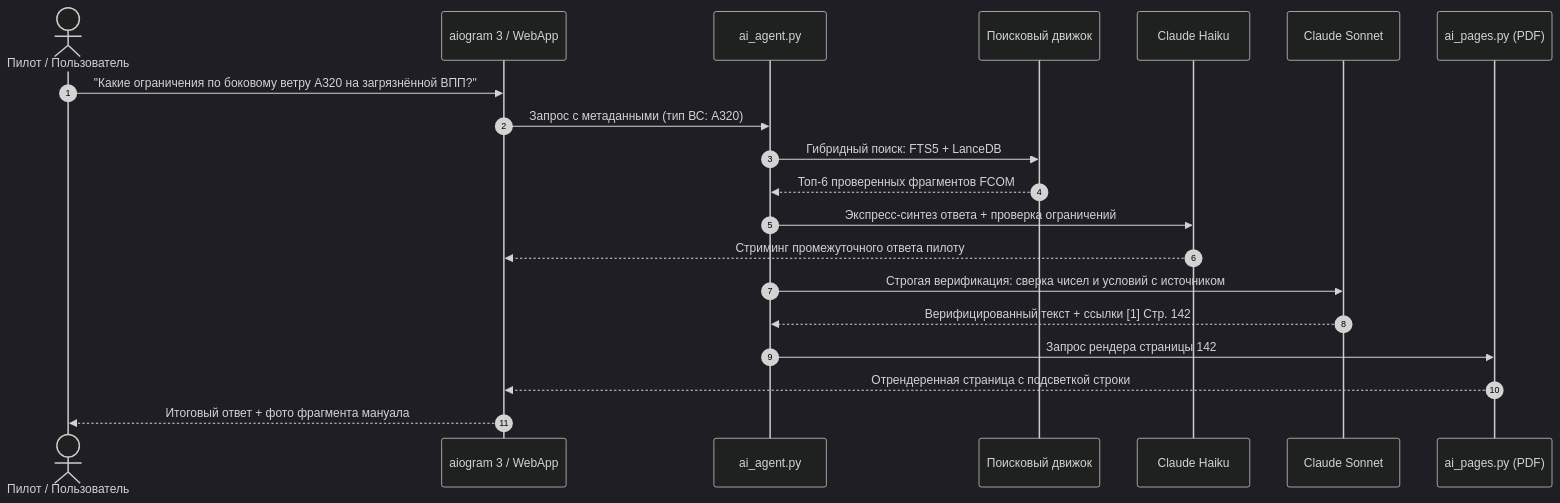
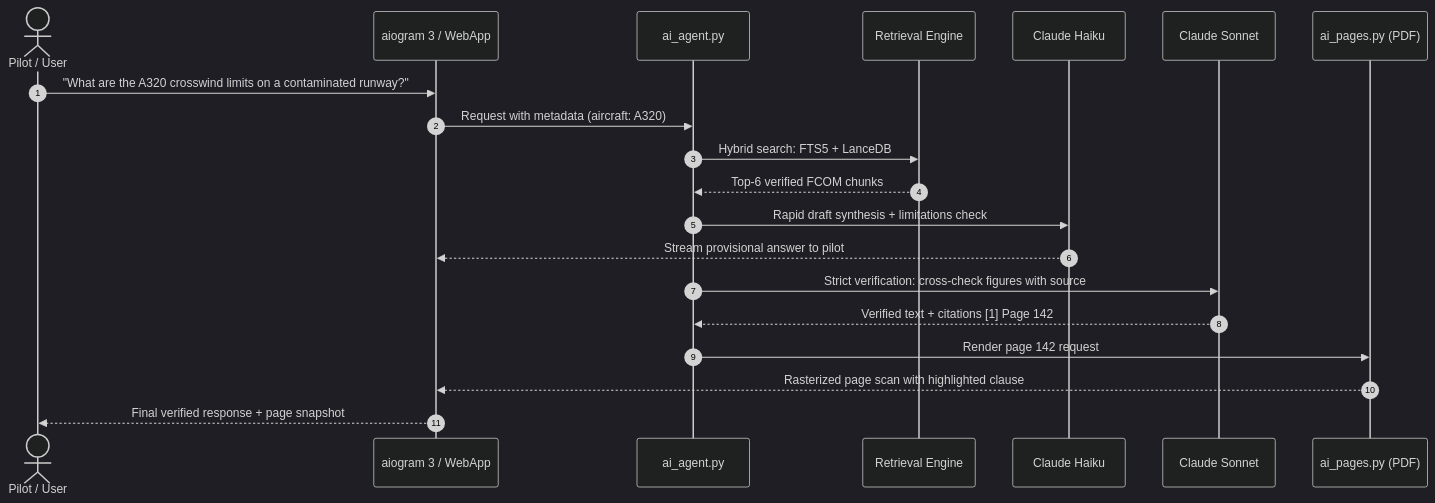
Before and after one commit to pilotarbuza/pilotann: the second of 2 diagrams in docs/ARCHITECTURE.md, drawn with Mermaid (dark theme). The commit also changed other lines of this file and 6 other files, not shown here.

````diff
--- a/docs/ARCHITECTURE.md
+++ b/docs/ARCHITECTURE.md
@@ -125,23 +143,23 @@
 ```mermaid
 sequenceDiagram
     autonumber
-    actor Pilot as Пилот / Пользователь
+    actor Pilot as Pilot / User
     participant Bot as aiogram 3 / WebApp
     participant Agent as ai_agent.py
-    participant RAG as Поисковый движок
+    participant RAG as Retrieval Engine
     participant FastLLM as Claude Haiku
     participant StrongLLM as Claude Sonnet
     participant Pages as ai_pages.py (PDF)
 
-    Pilot->>Bot: "Какие ограничения по боковому ветру A320 на загрязнённой ВПП?"
-    Bot->>Agent: Запрос с метаданными (тип ВС: A320)
-    Agent->>RAG: Гибридный поиск: FTS5 + LanceDB
-    RAG-->>Agent: Топ-6 проверенных фрагментов FCOM
-    Agent->>FastLLM: Экспресс-синтез ответа + проверка ограничений
-    FastLLM-->>Bot: Стриминг промежуточного ответа пилоту
-    Agent->>StrongLLM: Строгая верификация: сверка чисел и условий с источником
-    StrongLLM-->>Agent: Верифицированный текст + ссылки [1] Стр. 142
-    Agent->>Pages: Запрос рендера страницы 142
-    Pages-->>Bot: Отрендеренная страница с подсветкой строки
-    Bot-->>Pilot: Итоговый ответ + фото фрагмента мануала
+    Pilot->>Bot: "What are the A320 crosswind limits on a contaminated runway?"
+    Bot->>Agent: Request with metadata (aircraft: A320)
+    Agent->>RAG: Hybrid search: FTS5 + LanceDB
+    RAG-->>Agent: Top-6 verified FCOM chunks
+    Agent->>FastLLM: Rapid draft synthesis + limitations check
+    FastLLM-->>Bot: Stream provisional answer to pilot
+    Agent->>StrongLLM: Strict verification: cross-check figures with source
+    StrongLLM-->>Agent: Verified text + citations [1] Page 142
+    Agent->>Pages: Render page 142 request
+    Pages-->>Bot: Rasterized page scan with highlighted clause
+    Bot-->>Pilot: Final verified response + page snapshot
 ```
````
